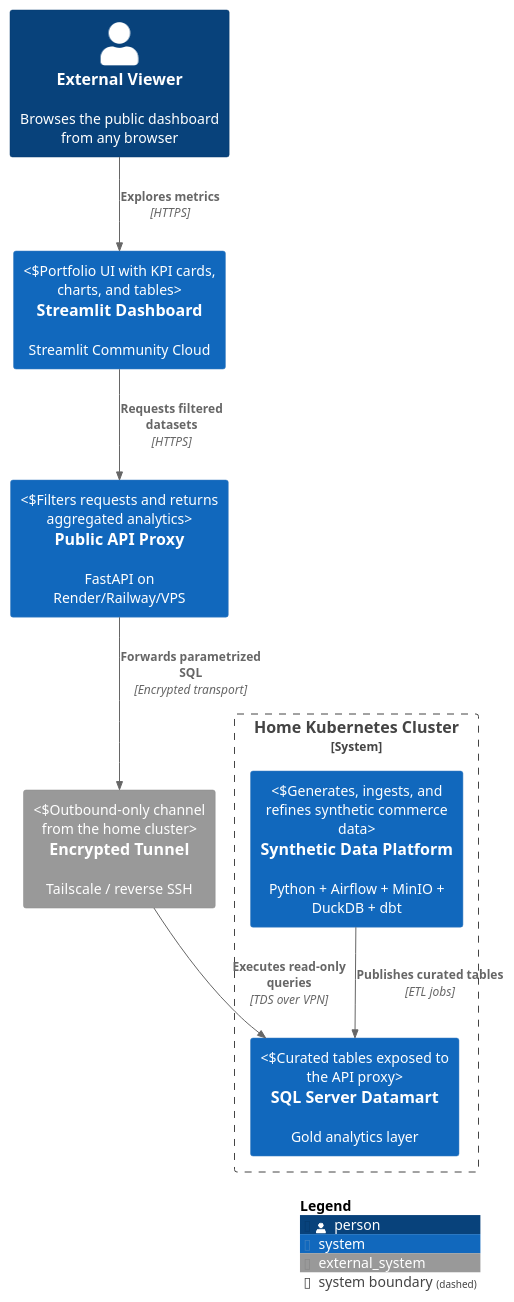
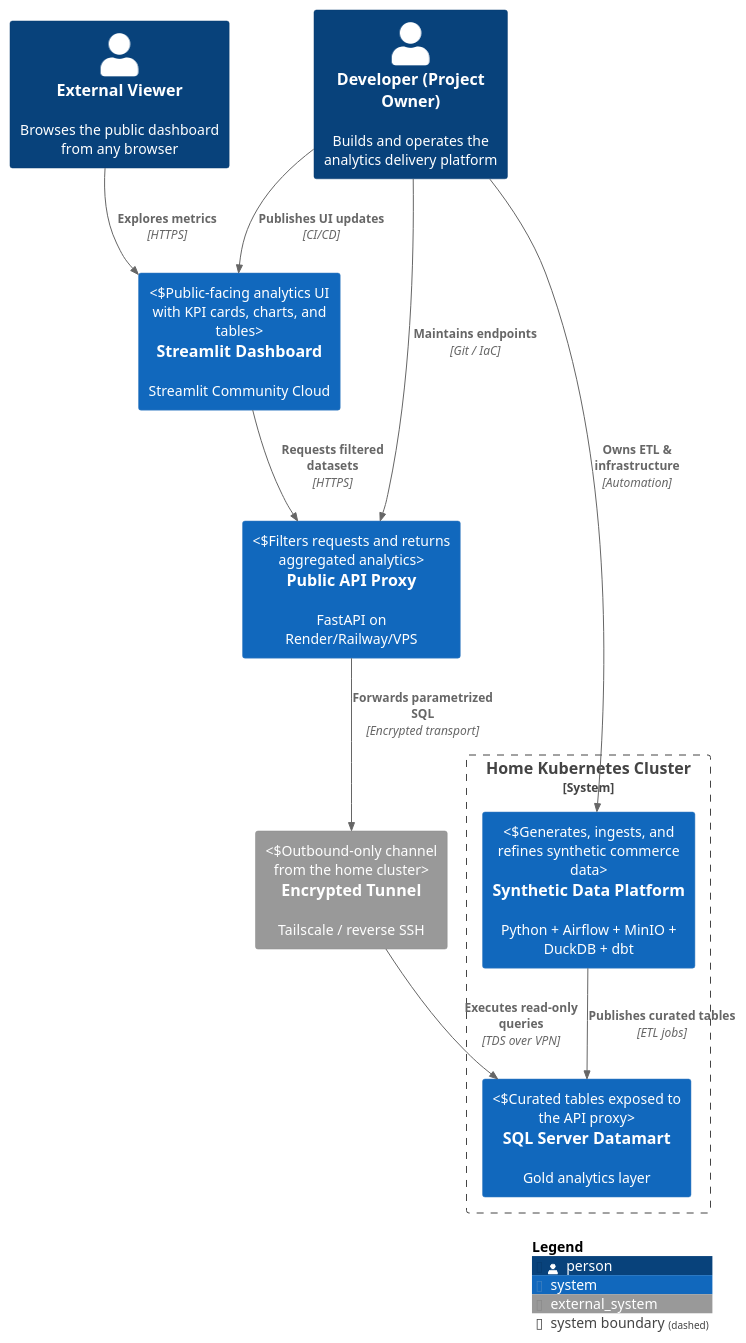
Before and after one commit to AntonMiniazev/bohr_project: the diagram in docs/diagrams/context.puml, drawn with PlantUML. The commit also changed 3 other files, not shown here.

Commit message:
Updated diagrams

```diff
--- a/docs/diagrams/context.puml
+++ b/docs/diagrams/context.puml
@@ -1,24 +1,28 @@
 @startuml Context
 !includeurl https://raw.githubusercontent.com/plantuml-stdlib/C4-PlantUML/master/C4_Context.puml
 LAYOUT_WITH_LEGEND()
 HIDE_STEREOTYPE()
 AddElementTag("PublicCloud", $bgColor="#E6F2FF", $fontColor="#0B2545")
 
 Person(customer, "External Viewer", "Browses the public dashboard from any browser")
-System(streamlit, "Streamlit Dashboard", "Streamlit Community Cloud", "Portfolio UI with KPI cards, charts, and tables")
+Person(dev, "Developer (Project Owner)", "Builds and operates the analytics delivery platform")
+System(streamlit, "Streamlit Dashboard", "Streamlit Community Cloud", "Public-facing analytics UI with KPI cards, charts, and tables")
 System(api, "Public API Proxy", "FastAPI on Render/Railway/VPS", "Filters requests and returns aggregated analytics")
 System_Ext(tunnel, "Encrypted Tunnel", "Tailscale / reverse SSH", "Outbound-only channel from the home cluster")
 
 System_Boundary(home, "Home Kubernetes Cluster") {
     System(sql, "SQL Server Datamart", "Gold analytics layer", "Curated tables exposed to the API proxy")
     System(dataPlatform, "Synthetic Data Platform", "Python + Airflow + MinIO + DuckDB + dbt", "Generates, ingests, and refines synthetic commerce data")
 }
 
 Rel(customer, streamlit, "Explores metrics", "HTTPS")
+Rel(dev, streamlit, "Publishes UI updates", "CI/CD")
+Rel(dev, api, "Maintains endpoints", "Git / IaC")
+Rel(dev, dataPlatform, "Owns ETL & infrastructure", "Automation")
 Rel(streamlit, api, "Requests filtered datasets", "HTTPS")
 Rel(api, tunnel, "Forwards parametrized SQL", "Encrypted transport")
 Rel(tunnel, sql, "Executes read-only queries", "TDS over VPN")
 Rel(dataPlatform, sql, "Publishes curated tables", "ETL jobs")
 
 SHOW_LEGEND()
 @enduml
```
